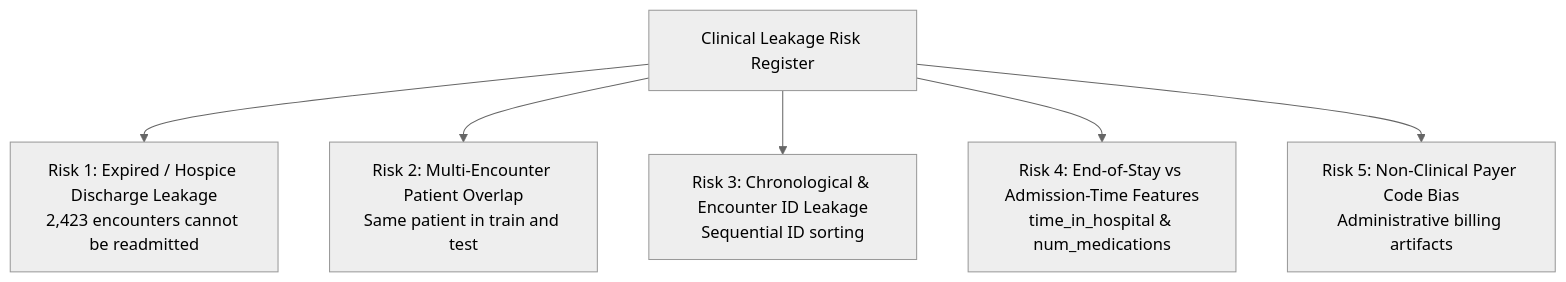
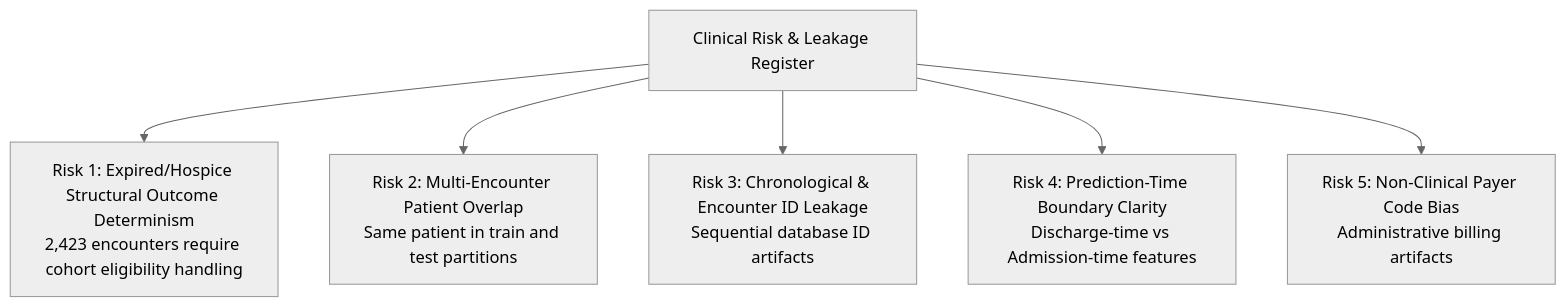
The diagram in research/clinical/Volume_01_Dataset_Audit/08_leakage_risk_register.md (Dr-Venom29/FusionMedAI), drawn with Mermaid (neutral theme) before and after one commit. The commit also changed other lines of this file and 25 other files, not shown here.

````diff
--- a/research/clinical/Volume_01_Dataset_Audit/08_leakage_risk_register.md
+++ b/research/clinical/Volume_01_Dataset_Audit/08_leakage_risk_register.md
@@ -9,8 +9,8 @@
 ```mermaid
 flowchart TD
-    LR[Clinical Leakage Risk Register] --> R1[Risk 1: Expired / Hospice Discharge Leakage<br/>2,423 encounters cannot be readmitted]
-    LR --> R2[Risk 2: Multi-Encounter Patient Overlap<br/>Same patient in train and test]
-    LR --> R3[Risk 3: Chronological & Encounter ID Leakage<br/>Sequential ID sorting]
-    LR --> R4[Risk 4: End-of-Stay vs Admission-Time Features<br/>time_in_hospital & num_medications]
+    LR[Clinical Risk & Leakage Register] --> R1[Risk 1: Expired/Hospice Structural Outcome Determinism<br/>2,423 encounters require cohort eligibility handling]
+    LR --> R2[Risk 2: Multi-Encounter Patient Overlap<br/>Same patient in train and test partitions]
+    LR --> R3[Risk 3: Chronological & Encounter ID Leakage<br/>Sequential database ID artifacts]
+    LR --> R4[Risk 4: Prediction-Time Boundary Clarity<br/>Discharge-time vs Admission-time features]
     LR --> R5[Risk 5: Non-Clinical Payer Code Bias<br/>Administrative billing artifacts]
 ```
````
